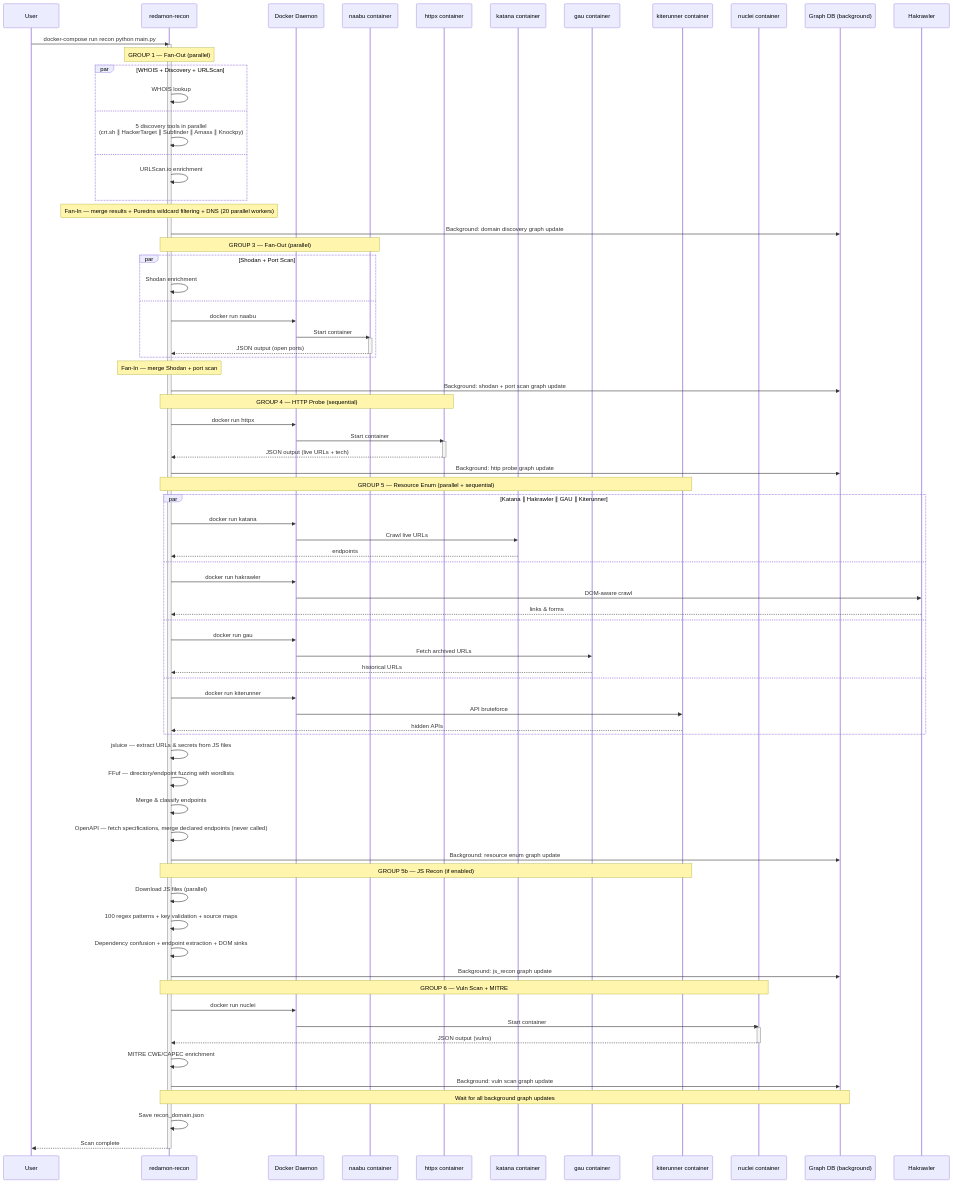
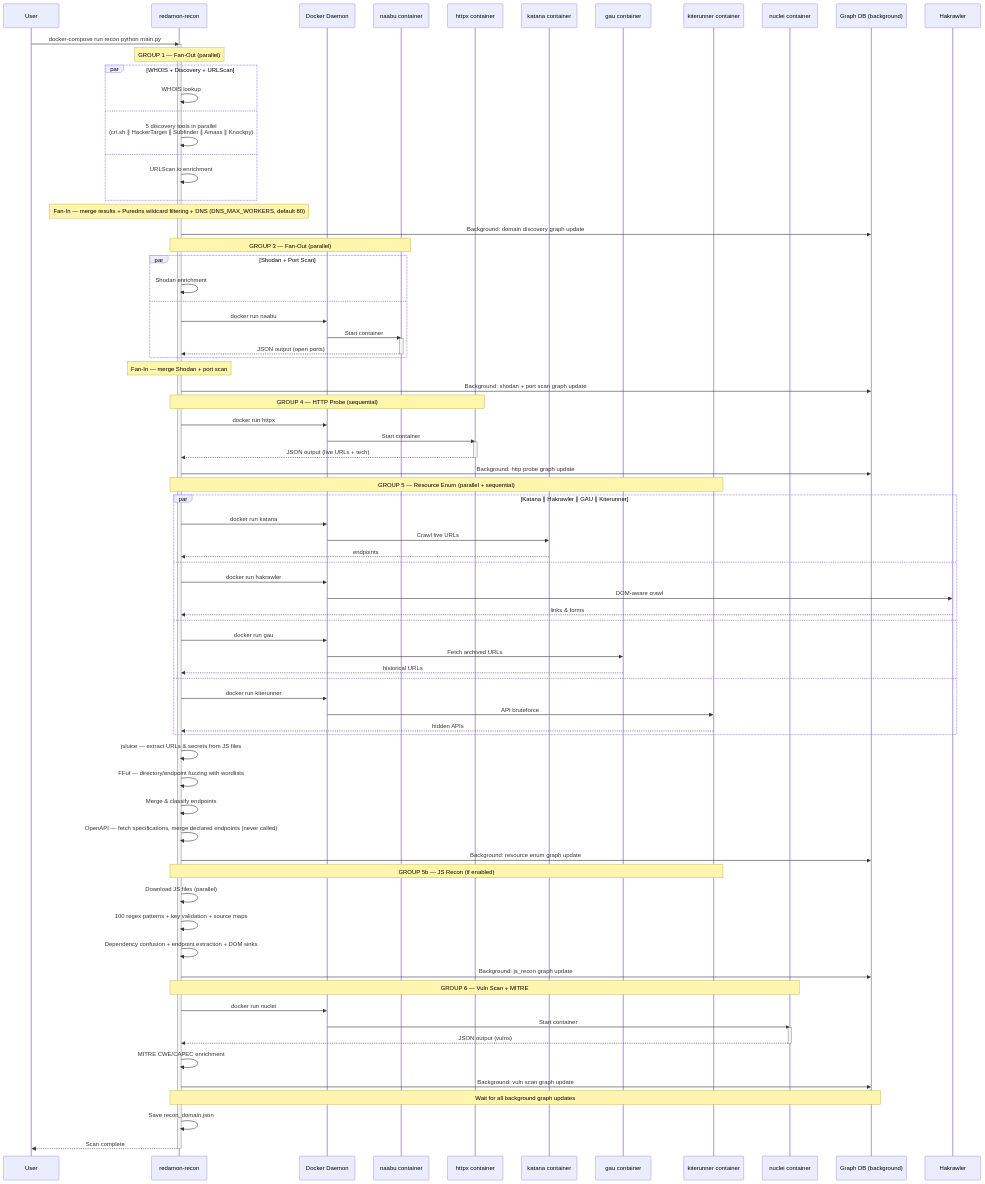
The third of 17 diagrams in docs/readmes/README.RECON.md (samugit83/redamon), drawn with Mermaid before and after one commit. The commit also changed other lines of this file and 12 other files, not shown here.

```diff
--- a/docs/readmes/README.RECON.md
+++ b/docs/readmes/README.RECON.md
@@ -229,7 +229,7 @@
     and
         Recon->>Recon: URLScan.io enrichment
     end
-    Note over Recon: Fan-In — merge results + Puredns wildcard filtering + DNS (20 parallel workers)
+    Note over Recon: Fan-In — merge results + Puredns wildcard filtering + DNS (DNS_MAX_WORKERS, default 80)
     Recon->>GraphBG: Background: domain discovery graph update
 
     Note over Recon,Naabu: GROUP 3 — Fan-Out (parallel)
```
